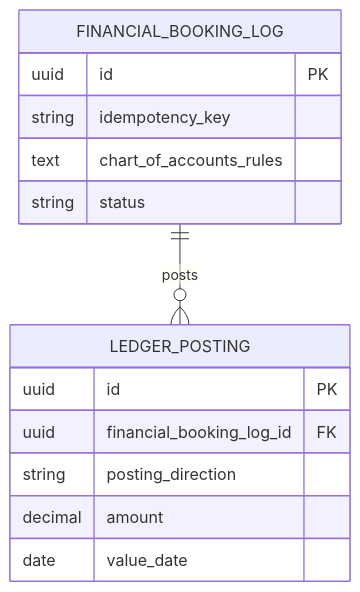
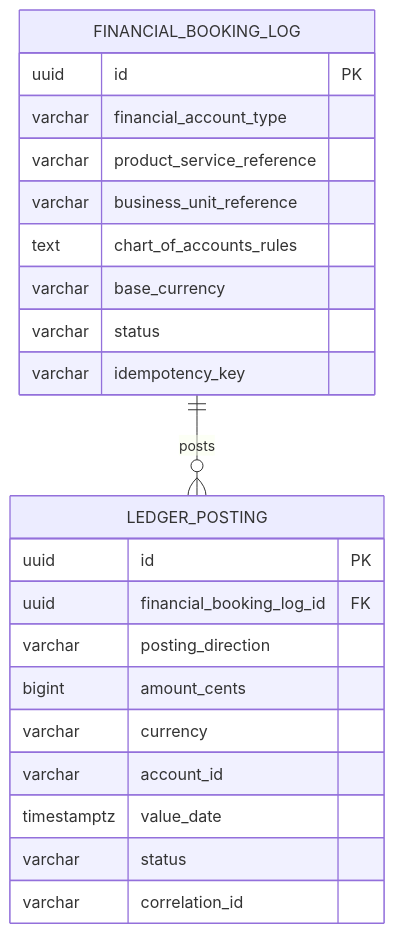
The seventh of 13 diagrams in docs/architecture/data-model.md (meridianhub/meridian), drawn with Mermaid before and after one commit. The commit also changed other lines of this file, not shown here.

First line of the commit message:
docs: Fill ER diagram attribute blocks with canonical schema

````diff
--- a/docs/architecture/data-model.md
+++ b/docs/architecture/data-model.md
@@ -451,17 +602,25 @@
 ```mermaid
 erDiagram
     FINANCIAL_BOOKING_LOG ||--o{ LEDGER_POSTING : posts
     FINANCIAL_BOOKING_LOG {
         uuid id PK
-        string idempotency_key
+        varchar financial_account_type
+        varchar product_service_reference
+        varchar business_unit_reference
         text chart_of_accounts_rules
-        string status
+        varchar base_currency
+        varchar status
+        varchar idempotency_key
     }
     LEDGER_POSTING {
         uuid id PK
         uuid financial_booking_log_id FK
-        string posting_direction
-        decimal amount
-        date value_date
+        varchar posting_direction
+        bigint amount_cents
+        varchar currency
+        varchar account_id
+        timestamptz value_date
+        varchar status
+        varchar correlation_id
     }
 ```
````
